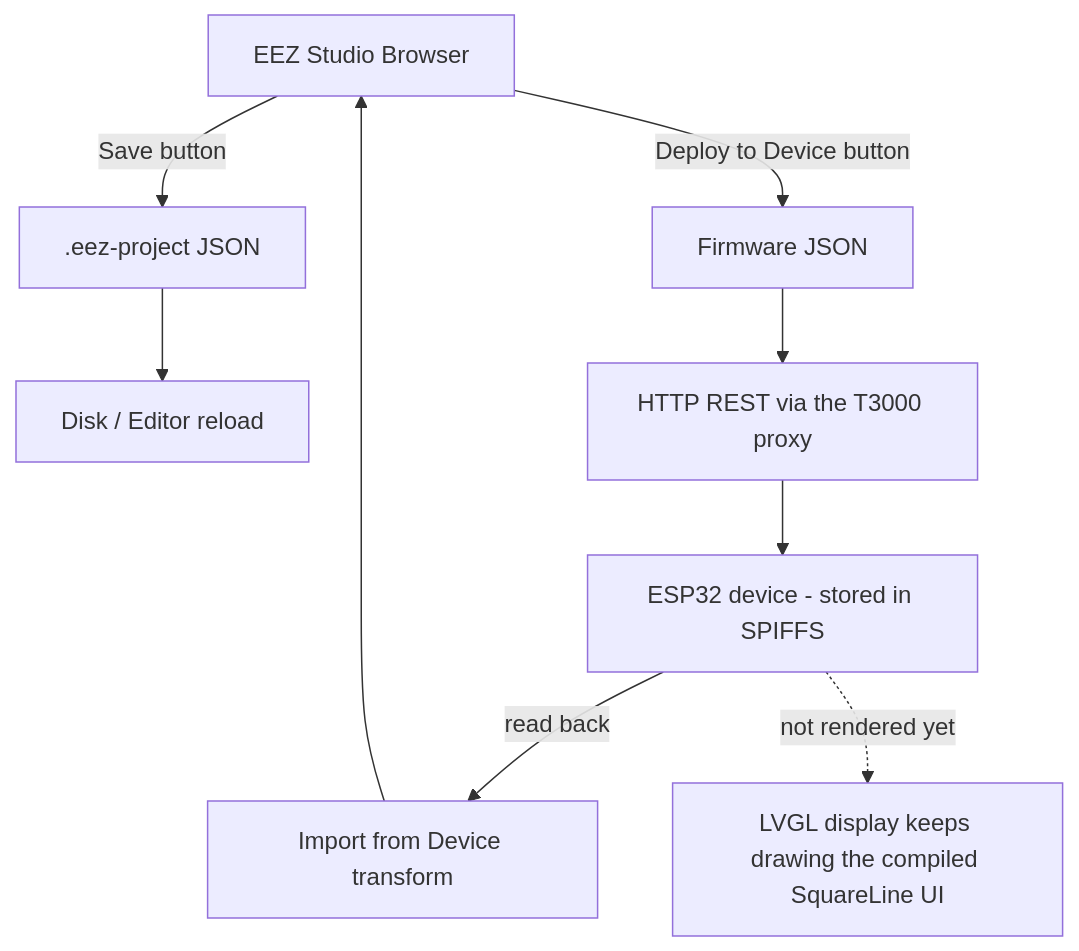
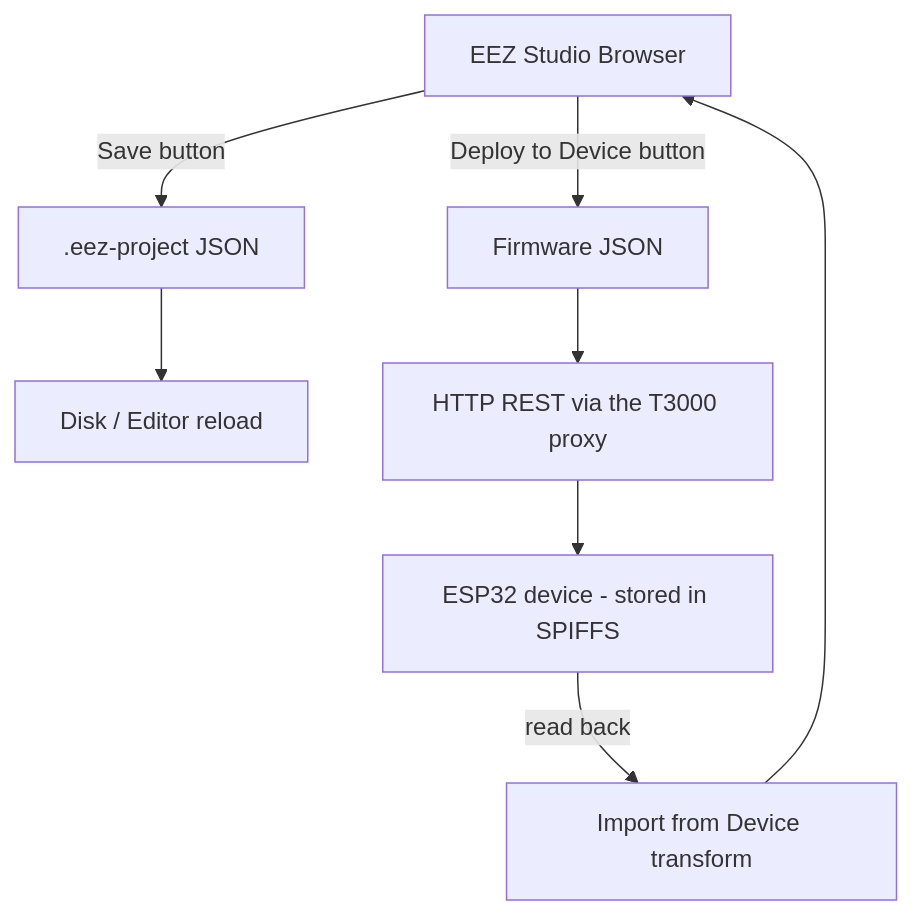
One commit to temcocontrols/T3000Webview changed the diagram in docs/t3000/t3-eez-studio/lvgl-eez-project-json-format.md. Above: the diagram before and after it, drawn with Mermaid. The commit also changed other lines of this file and 32 other files, not shown here.

````diff
--- a/docs/t3000/t3-eez-studio/lvgl-eez-project-json-format.md
+++ b/docs/t3000/t3-eez-studio/lvgl-eez-project-json-format.md
@@ -18,12 +17,11 @@
 ```mermaid
 flowchart TD
     A[EEZ Studio Browser]
     A -->|"Save" button| B[.eez-project JSON]
     A -->|"Deploy to Device" button| C[Firmware JSON]
     B --> D[Disk / Editor reload]
     C --> E["HTTP REST via the T3000 proxy"]
     E --> F["ESP32 device - stored in SPIFFS"]
     F -->|"read back"| I["Import from Device transform"]
     I --> A
-    F -.->|"not rendered yet"| H["LVGL display keeps drawing the compiled SquareLine UI"]
 ```
````
